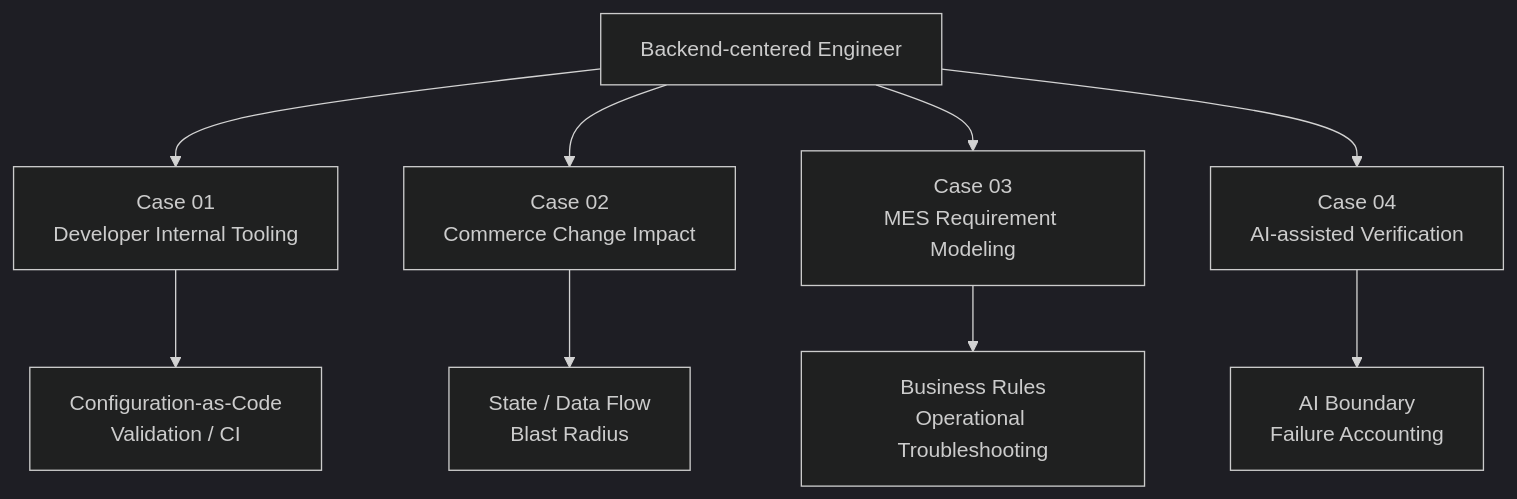
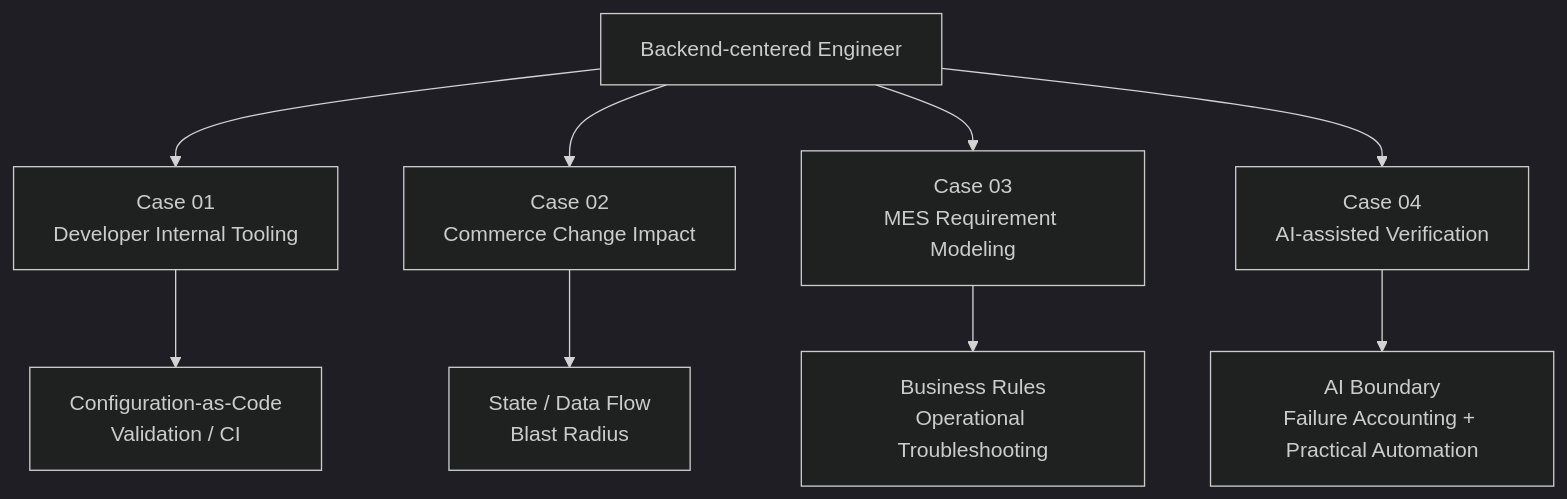
One commit to tomtomjskim/jsnetworkcorp-portfolio changed the first of 6 diagrams in PORTFOLIO-AX.md. Above: the diagram before and after it, drawn with Mermaid (dark theme). The commit also changed other lines of this file, not shown here.

Commit message:
portfolio: surface local LLM i18n as practical AX evidence

````diff
--- a/PORTFOLIO-AX.md
+++ b/PORTFOLIO-AX.md
@@ -17,12 +17,12 @@
 ```mermaid
 flowchart TD
     ME[Backend-centered Engineer] --> C1[Case 01<br/>Developer Internal Tooling]
     ME --> C2[Case 02<br/>Commerce Change Impact]
     ME --> C3[Case 03<br/>MES Requirement Modeling]
     ME --> C4[Case 04<br/>AI-assisted Verification]
 
     C1 --> S1[Configuration-as-Code<br/>Validation / CI]
     C2 --> S2[State / Data Flow<br/>Blast Radius]
     C3 --> S3[Business Rules<br/>Operational Troubleshooting]
-    C4 --> S4[AI Boundary<br/>Failure Accounting]
+    C4 --> S4[AI Boundary<br/>Failure Accounting + Practical Automation]
 ```
````
